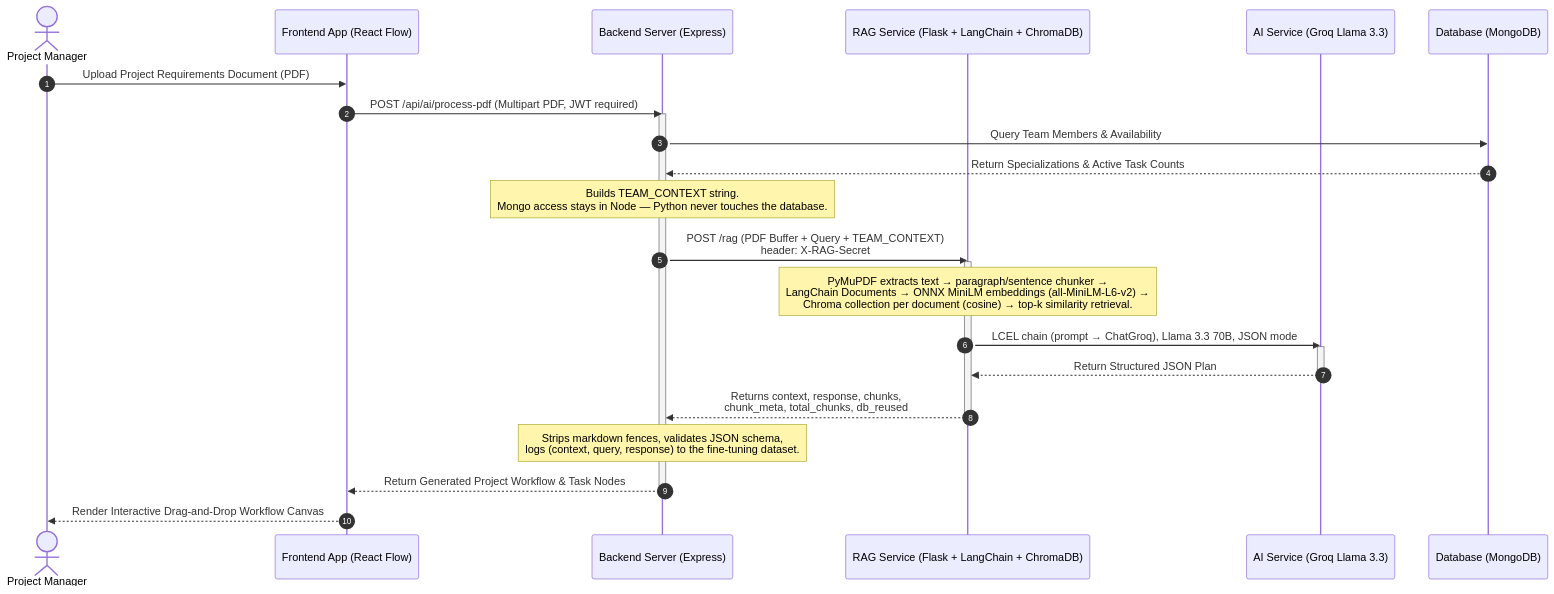
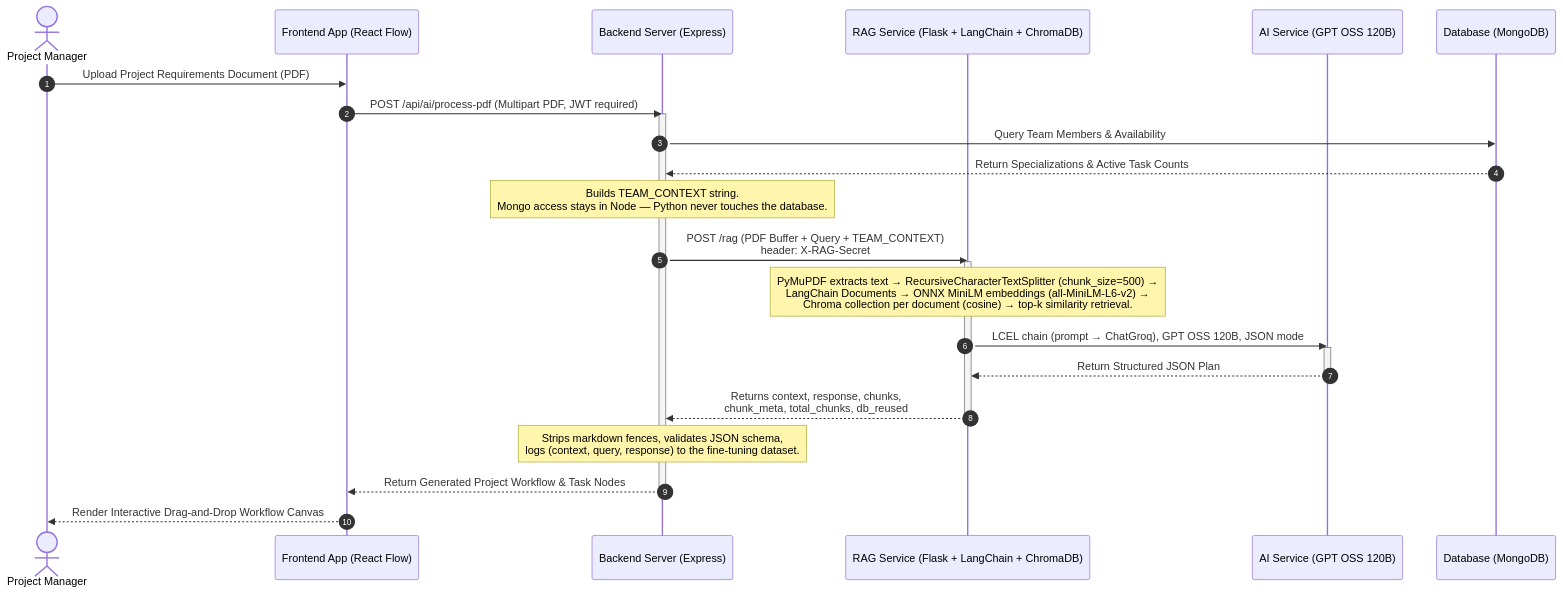
The second of 2 diagrams in README.md (princethakarar/Workflow-Orchestrator), drawn with Mermaid before and after one commit. The commit also changed other lines of this file and 7 other files, not shown here.

````diff
--- a/README.md
+++ b/README.md
@@ -88,30 +88,30 @@
 ```mermaid
 sequenceDiagram
     autonumber
     actor Manager as Project Manager
     participant FE as Frontend App (React Flow)
     participant BE as Backend Server (Express)
     participant RAG as RAG Service (Flask + LangChain + ChromaDB)
-    participant Groq as AI Service (Groq Llama 3.3)
+    participant Groq as AI Service (GPT OSS 120B)
     participant DB as Database (MongoDB)
 
     Manager->>FE: Upload Project Requirements Document (PDF)
     FE->>BE: POST /api/ai/process-pdf (Multipart PDF, JWT required)
     activate BE
     BE->>DB: Query Team Members & Availability
     DB-->>BE: Return Specializations & Active Task Counts
     Note over BE: Builds TEAM_CONTEXT string.<br/>Mongo access stays in Node — Python never touches the database.
     BE->>RAG: POST /rag (PDF Buffer + Query + TEAM_CONTEXT)<br/>header: X-RAG-Secret
     activate RAG
-    Note over RAG: PyMuPDF extracts text → paragraph/sentence chunker →<br/>LangChain Documents → ONNX MiniLM embeddings (all-MiniLM-L6-v2) →<br/>Chroma collection per document (cosine) → top-k similarity retrieval.
-    RAG->>Groq: LCEL chain (prompt → ChatGroq), Llama 3.3 70B, JSON mode
+    Note over RAG: PyMuPDF extracts text → RecursiveCharacterTextSplitter (chunk_size=500) →<br/>LangChain Documents → ONNX MiniLM embeddings (all-MiniLM-L6-v2) →<br/>Chroma collection per document (cosine) → top-k similarity retrieval.
+    RAG->>Groq: LCEL chain (prompt → ChatGroq), GPT OSS 120B, JSON mode
     activate Groq
     Groq-->>RAG: Return Structured JSON Plan
     deactivate Groq
     RAG-->>BE: Returns context, response, chunks,<br/>chunk_meta, total_chunks, db_reused
     deactivate RAG
     Note over BE: Strips markdown fences, validates JSON schema,<br/>logs (context, query, response) to the fine-tuning dataset.
     BE-->>FE: Return Generated Project Workflow & Task Nodes
     deactivate BE
     FE-->>Manager: Render Interactive Drag-and-Drop Workflow Canvas
 ```
````
